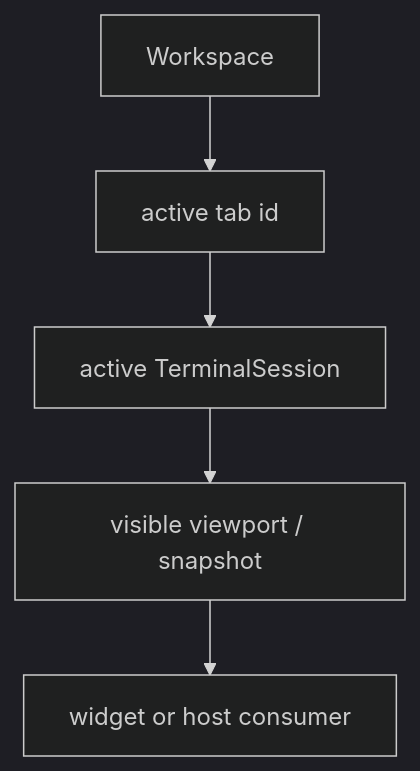
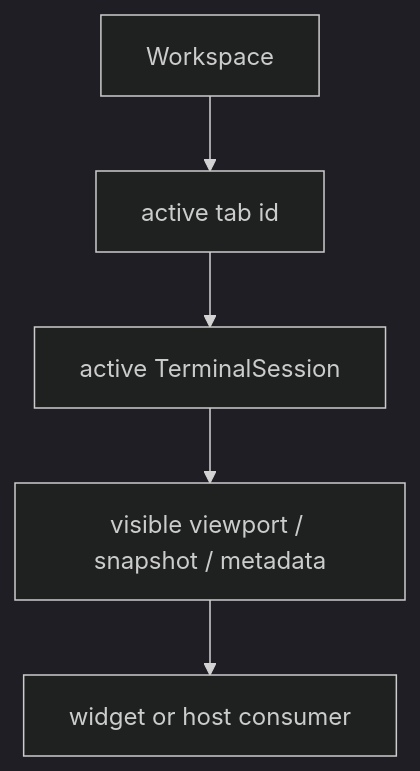
One commit to LaurenceGuws/Zide changed the third of 3 diagrams in app_architecture/terminal/TERMINAL_WORKSPACE.md. Above: the diagram before and after it, drawn with Mermaid (dark theme). The commit also changed other lines of this file and 2 other files, not shown here.

````diff
--- a/app_architecture/terminal/TERMINAL_WORKSPACE.md
+++ b/app_architecture/terminal/TERMINAL_WORKSPACE.md
@@ -106,7 +113,7 @@
 ```mermaid
 flowchart TD
     Workspace[Workspace] --> ActiveTab[active tab id]
     ActiveTab --> ActiveSession[active TerminalSession]
-    ActiveSession --> Viewport[visible viewport / snapshot]
+    ActiveSession --> Viewport[visible viewport / snapshot / metadata]
     Viewport --> Consumer[widget or host consumer]
 ```
````
